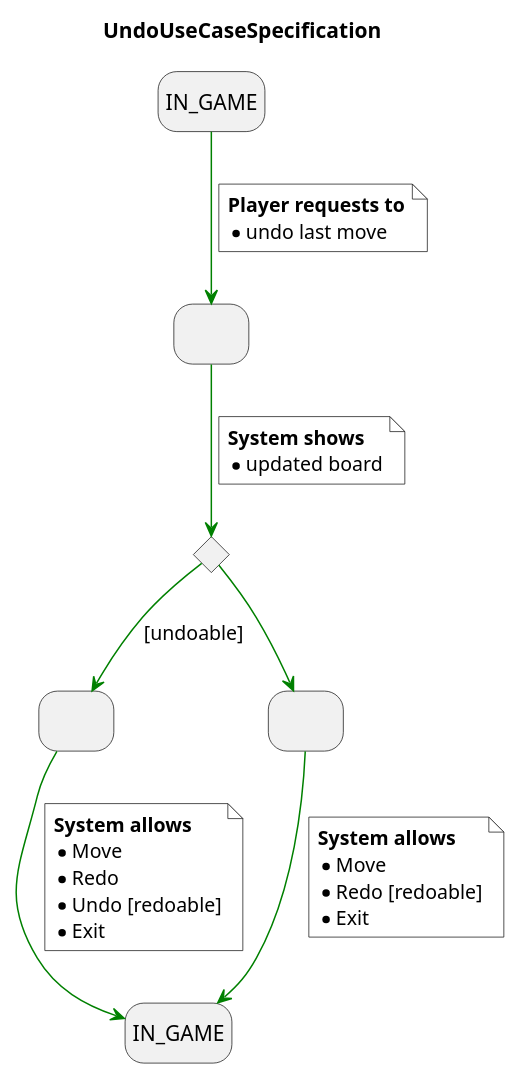
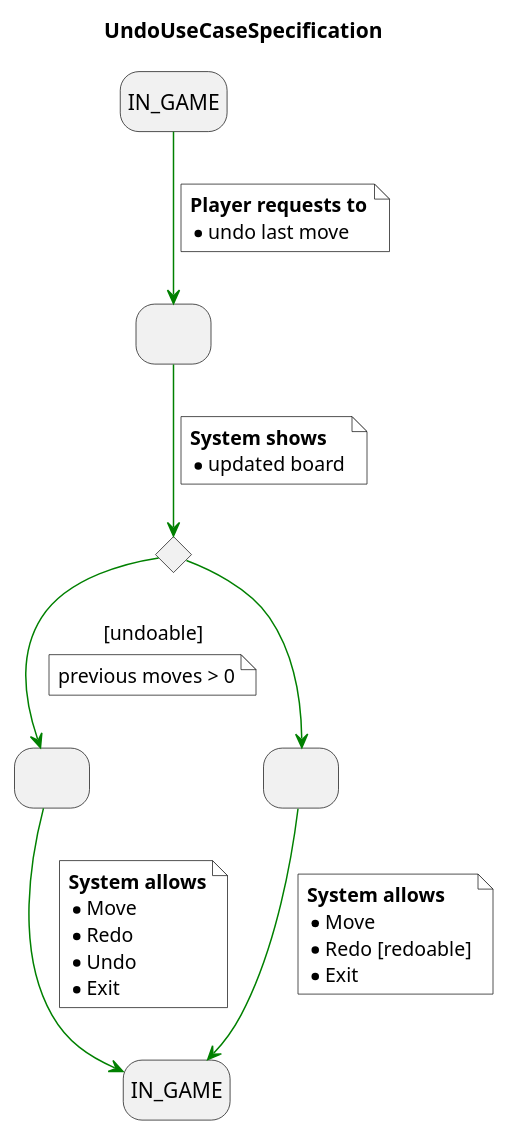
The diagram in docs/src/use-cases/specification/undo-spec.plantuml (Master-Desarrollo-20-21/patrones-diseno---practica-final---juego-de-las-damas-fraylopez), drawn with PlantUML before and after one commit. The commit also changed 17 other files, not shown here.

```diff
--- a/docs/src/use-cases/specification/undo-spec.plantuml
+++ b/docs/src/use-cases/specification/undo-spec.plantuml
@@ -1,47 +1,50 @@
 @startuml UndoUseCaseSpecification
 title UndoUseCaseSpecification
 skinparam NoteBackgroundColor white
 hide empty description
 
 state undoDialog as " "
 state ifUndoable <<choice>>
 state undoable as " "
 state not_undoable as " "
 
 state END_IN_GAME as "IN_GAME"
 
 
 IN_GAME -[#green]-> undoDialog
 note on link #white
   <b>Player requests to
   * undo last move
 end note
 undoDialog -[#green]-> ifUndoable
 note on link #white
   <b>System shows
   * updated board
 end note
 
 ifUndoable -[#green]-> undoable : [undoable]
+note on link #white
+  previous moves > 0
+end note
 ifUndoable -[#green]-> not_undoable
 
 
 undoable -[#green]-> END_IN_GAME
 note on link
   <b>System allows
   * Move
   * Redo
-  * Undo [redoable]
+  * Undo
   * Exit
 end note
 
 not_undoable -[#green]-> END_IN_GAME
 note on link
   <b>System allows
   * Move
   * Redo [redoable]
   * Exit
 end note
 
 
 @enduml
```
